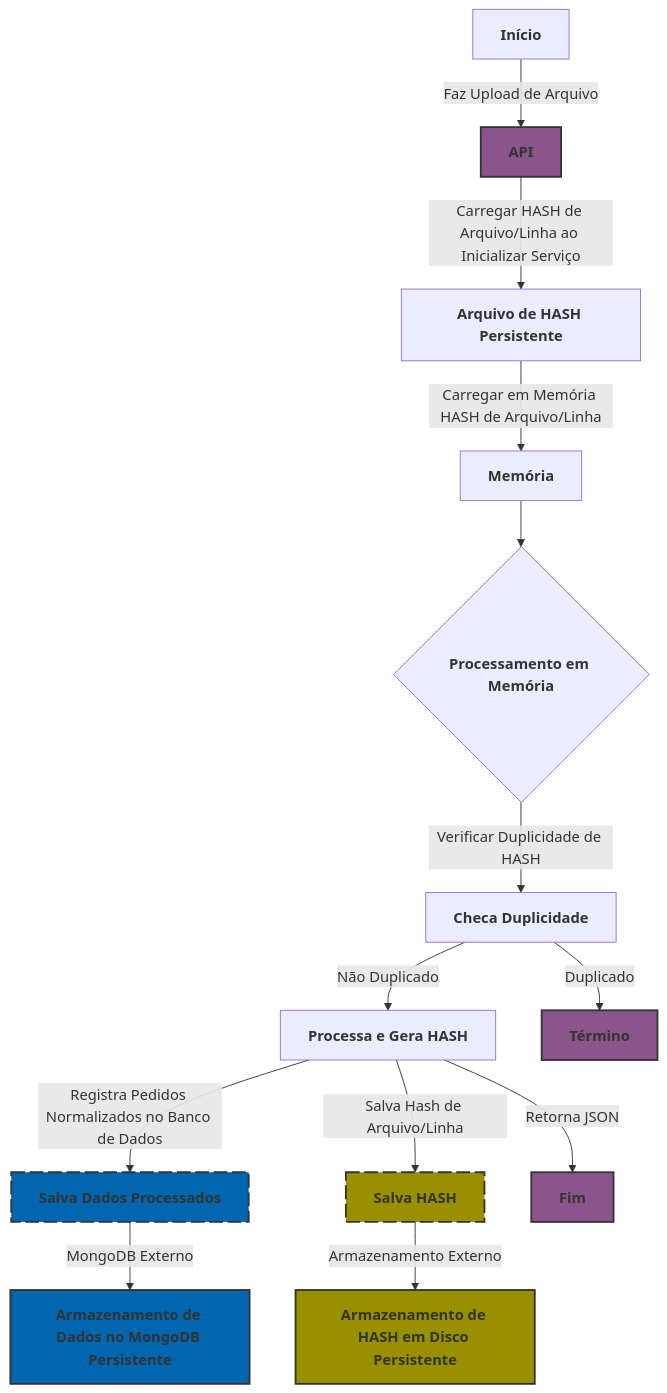
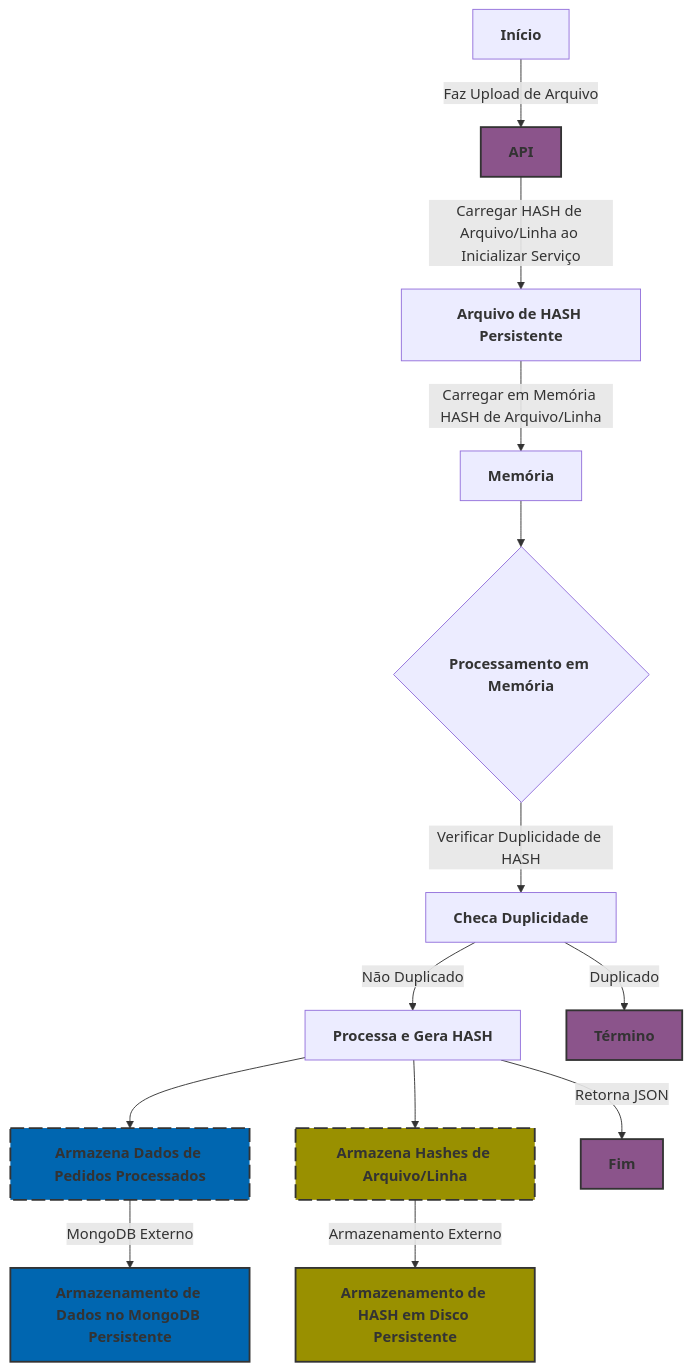
One commit to caputomarcos/luizalabs-logistics-challenge-order-api changed the second of 2 diagrams in README.md. Above: the diagram before and after it, drawn with Mermaid.

````diff
--- a/README.md
+++ b/README.md
@@ -52,36 +52,36 @@
 ```mermaid
 graph TD
     A[Início] -->|Faz Upload de Arquivo| B[API]
     B -->|Carregar HASH de Arquivo/Linha ao Inicializar Serviço| C[Arquivo de HASH Persistente]
     C -->|Carregar em Memória HASH de Arquivo/Linha| D[Memória]
     D --> E{Processamento em Memória}
     E -->|Verificar Duplicidade de HASH| F[Checa Duplicidade]
     F -->|Não Duplicado| G[Processa e Gera HASH]
     F -->|Duplicado| H[Término]
-    G -->|Registra Pedidos Normalizados no Banco de Dados| I[Salva Dados Processados]
-    G -->|Salva Hash de Arquivo/Linha| J[Salva HASH]
-    G --> |Retorna JSON|M[Fim]
+    G -->I[Armazena Dados de Pedidos Processados]
+    G -->J[Armazena Hashes de Arquivo/Linha]
+    G -->|Retorna JSON|M[Fim]
     I -->|MongoDB Externo| K[Armazenamento de Dados no MongoDB Persistente]
     J -->|Armazenamento Externo| L[Armazenamento de HASH em Disco Persistente]
 
     style B fill:#8b548b,stroke:#333,stroke-width:2px
     style H fill:#8b548b,stroke:#333,stroke-width:2px
     style I fill:#0066b0,stroke:#333,stroke-width:2px,stroke-dasharray: 15 5
     style J fill:#999000,stroke:#333,stroke-width:2px,stroke-dasharray: 15 5
     style K fill:#0066b0,stroke:#333,stroke-width:2px
     style L fill:#999000,stroke:#333,stroke-width:2px
     style M fill:#8b548b,stroke:#333,stroke-width:2px
     style A font-weight:bold, font-color:black
     style B font-weight:bold, font-color:black
     style C font-weight:bold, font-color:black
     style D font-weight:bold, font-color:black
     style E font-weight:bold, font-color:black
     style F font-weight:bold, font-color:black
     style G font-weight:bold, font-color:black
     style H font-weight:bold, font-color:black
     style I font-weight:bold, font-color:black
     style J font-weight:bold, font-color:black
     style K font-weight:bold, font-color:black
     style L font-weight:bold, font-color:black
     style M font-weight:bold, font-color:black
 ```
````
